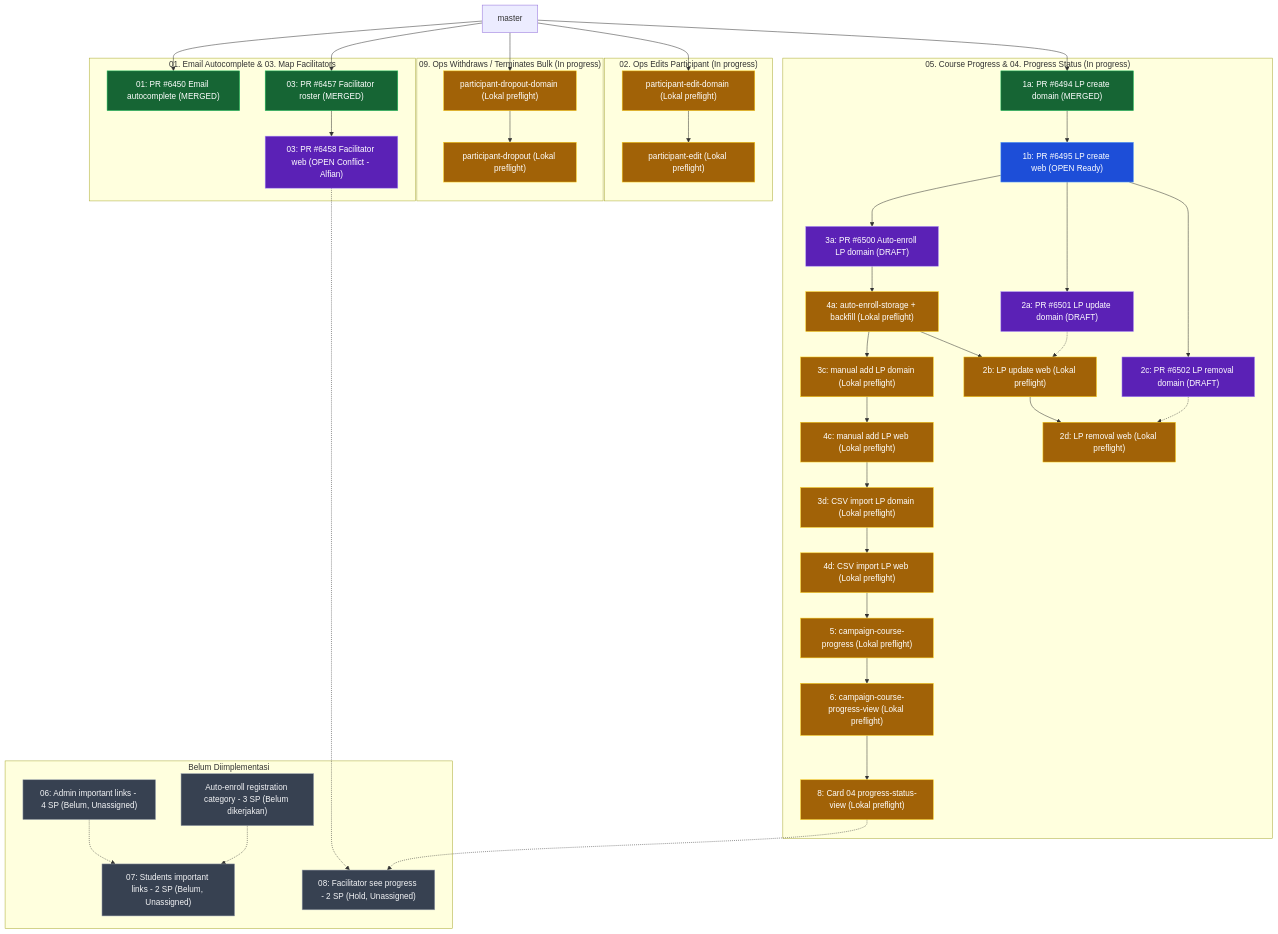
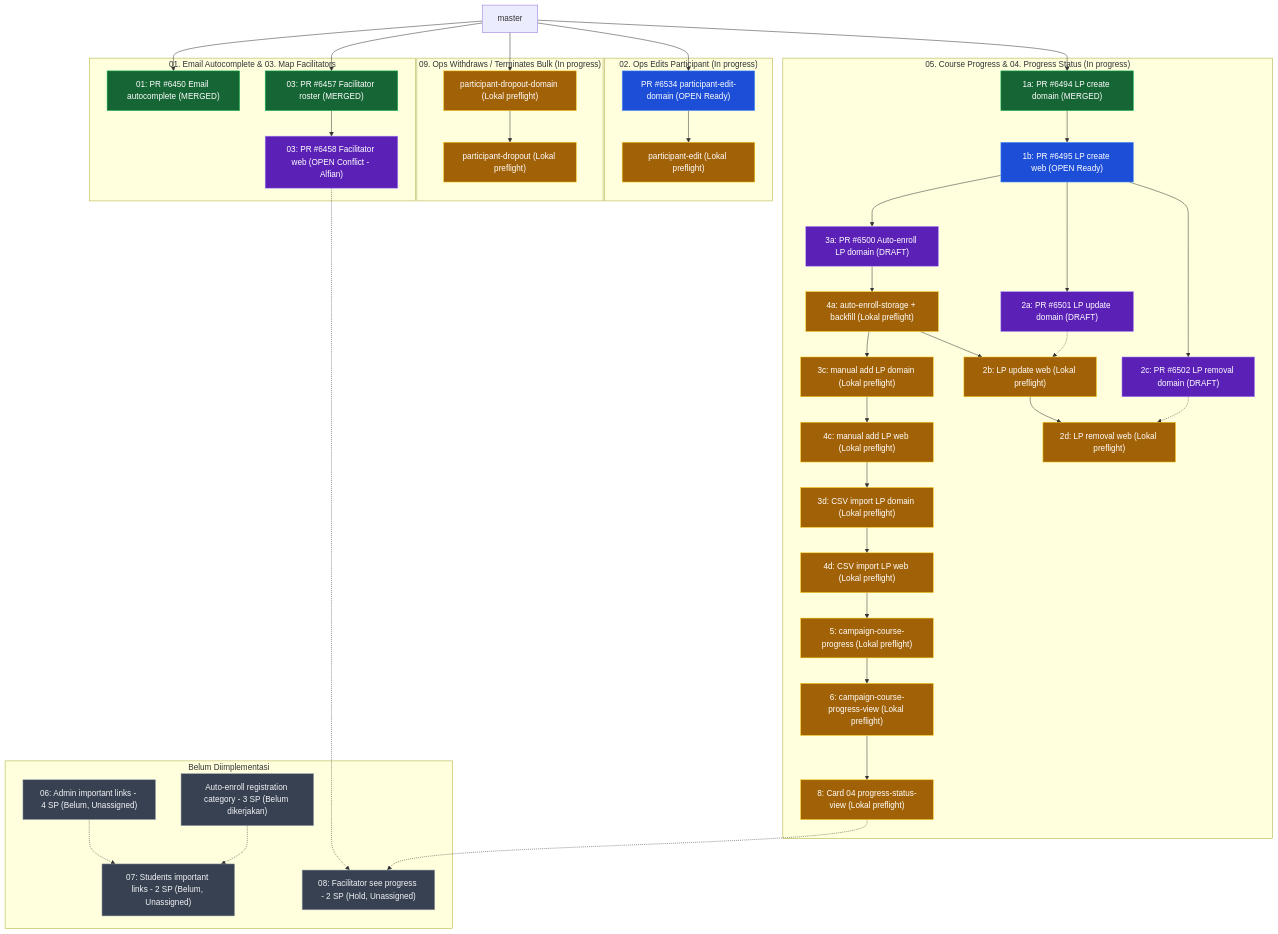
One commit to KrisnaSantosa15/big-notes-obsidian changed the diagram in Projects/APD Revamp/Cycle 2/index.md. Above: the diagram before and after it, drawn with Mermaid. The commit also changed other lines of this file and 4 other files, not shown here.

```diff
--- a/Projects/APD Revamp/Cycle 2/index.md
+++ b/Projects/APD Revamp/Cycle 2/index.md
@@ -56,7 +56,7 @@
     end
 
     subgraph sg_edit ["02. Ops Edits Participant (In progress)"]
-        editDom["participant-edit-domain (Lokal preflight)"]:::localDone
+        editDom["PR #6534 participant-edit-domain (OPEN Ready)"]:::prOpen
         editWeb["participant-edit (Lokal preflight)"]:::localDone
     end
 
```
